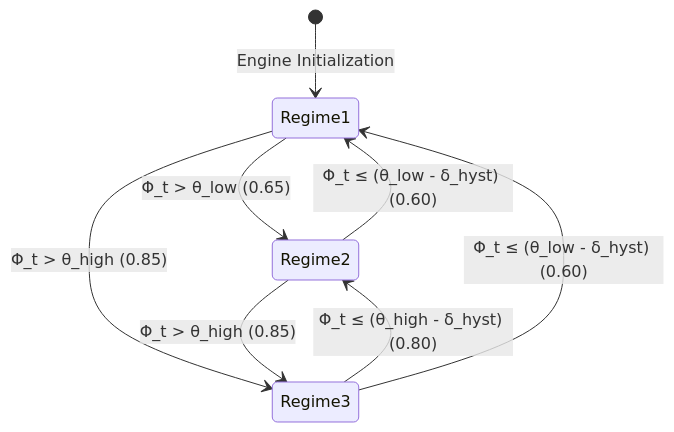
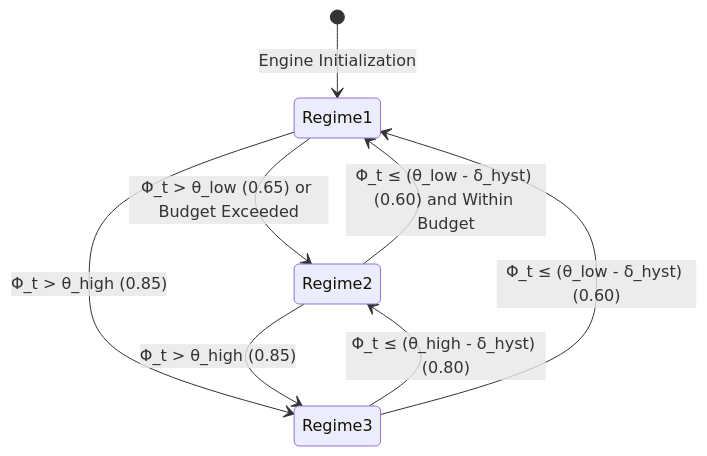
Before and after one commit to ridwanmubarok/amuquant: the diagram in docs/02_MATHEMATICAL_MODEL_AND_CONTROLLER.md, drawn with Mermaid. The commit also changed other lines of this file and 10 other files, not shown here.

````diff
--- a/docs/02_MATHEMATICAL_MODEL_AND_CONTROLLER.md
+++ b/docs/02_MATHEMATICAL_MODEL_AND_CONTROLLER.md
@@ -54,13 +67,13 @@
 ```mermaid
 stateDiagram-v2
     [*] --> Regime1: Engine Initialization
 
-    Regime1 --> Regime2: Φ_t > θ_low (0.65)
+    Regime1 --> Regime2: Φ_t > θ_low (0.65) or Budget Exceeded
     Regime1 --> Regime3: Φ_t > θ_high (0.85)
 
     Regime2 --> Regime3: Φ_t > θ_high (0.85)
-    Regime2 --> Regime1: Φ_t ≤ (θ_low - δ_hyst) (0.60)
+    Regime2 --> Regime1: Φ_t ≤ (θ_low - δ_hyst) (0.60) and Within Budget
 
     Regime3 --> Regime2: Φ_t ≤ (θ_high - δ_hyst) (0.80)
     Regime3 --> Regime1: Φ_t ≤ (θ_low - δ_hyst) (0.60)
 ```
````
